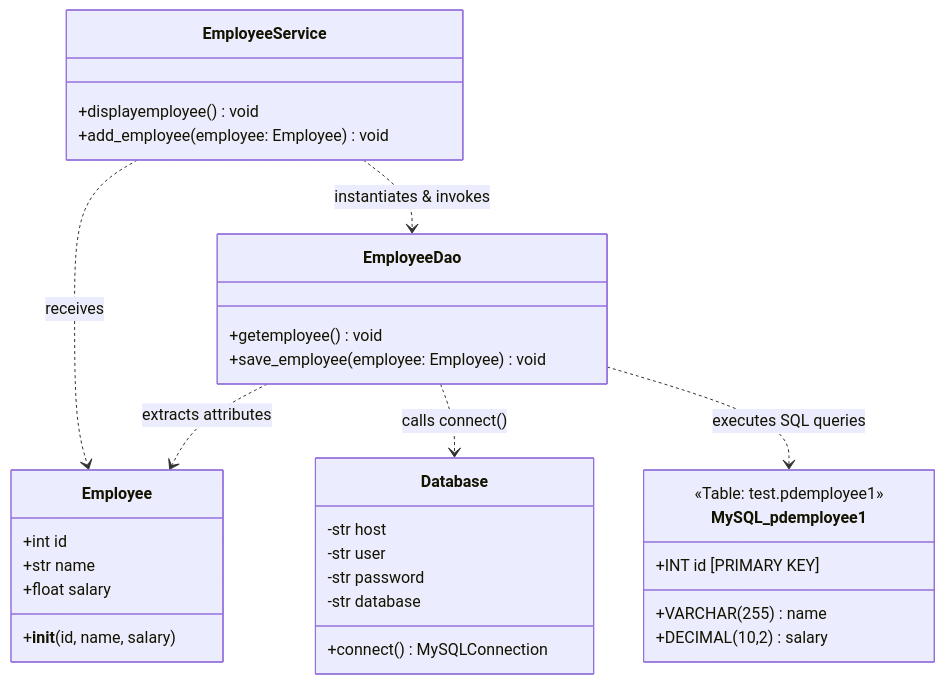
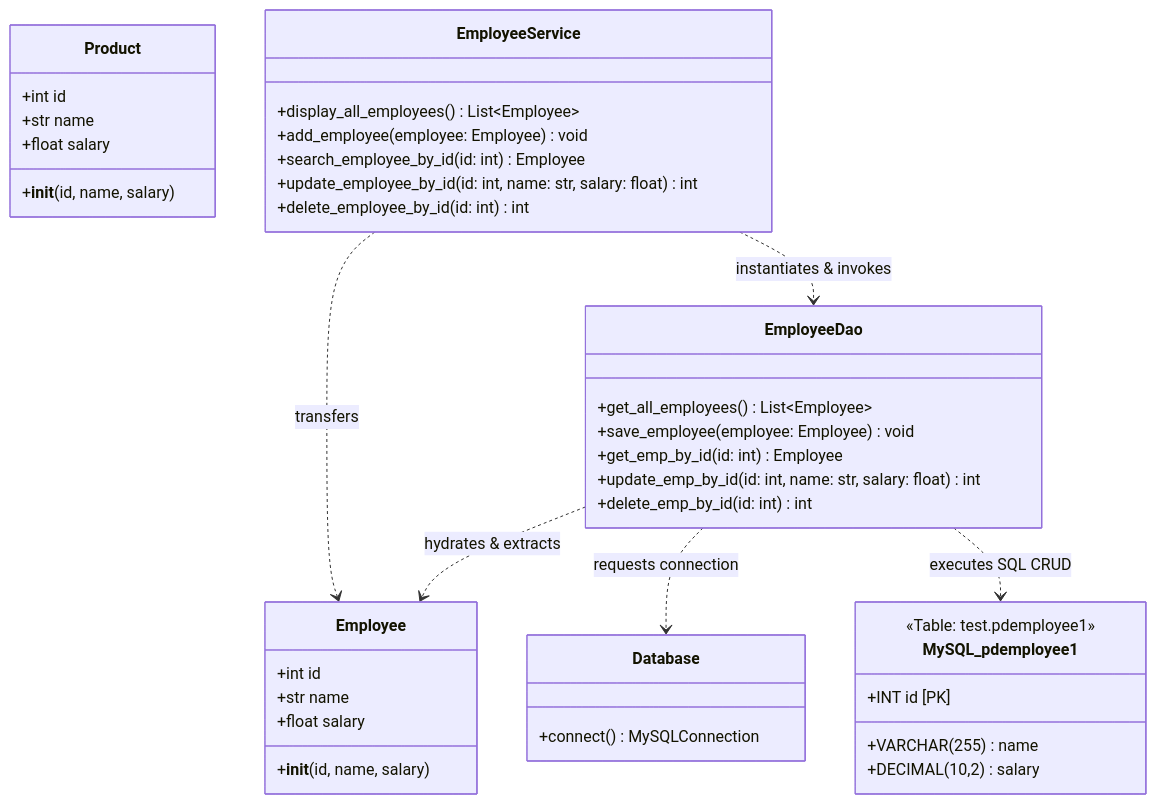
The eighth of 8 diagrams in Architecture.md (AnilYadav17/Layered_Architecture_PDBC), drawn with Mermaid before and after one commit. The commit also changed other lines of this file, not shown here.

Commit message:
update architecture documentation with full crud and pdbc theory

````diff
--- a/Architecture.md
+++ b/Architecture.md
@@ -214,40 +687,49 @@
 ```mermaid
 classDiagram
     class Employee {
         +int id
         +str name
         +float salary
         +__init__(id, name, salary)
     }
 
+    class Product {
+        +int id
+        +str name
+        +float salary
+        +__init__(id, name, salary)
+    }
+
     class EmployeeService {
-        +displayemployee() void
+        +display_all_employees() List~Employee~
         +add_employee(employee: Employee) void
+        +search_employee_by_id(id: int) Employee
+        +update_employee_by_id(id: int, name: str, salary: float) int
+        +delete_employee_by_id(id: int) int
     }
 
     class EmployeeDao {
-        +getemployee() void
+        +get_all_employees() List~Employee~
         +save_employee(employee: Employee) void
+        +get_emp_by_id(id: int) Employee
+        +update_emp_by_id(id: int, name: str, salary: float) int
+        +delete_emp_by_id(id: int) int
     }
 
     class Database {
-        -str host
-        -str user
-        -str password
-        -str database
         +connect() MySQLConnection
     }
 
     class MySQL_pdemployee1 {
         <<Table: test.pdemployee1>>
-        +INT id [PRIMARY KEY]
+        +INT id [PK]
         +VARCHAR(255) name
         +DECIMAL(10,2) salary
     }
 
-    EmployeeService ..> Employee : receives
+    EmployeeService ..> Employee : transfers
     EmployeeService ..> EmployeeDao : instantiates & invokes
-    EmployeeDao ..> Employee : extracts attributes
-    EmployeeDao ..> Database : calls connect()
-    EmployeeDao ..> MySQL_pdemployee1 : executes SQL queries
+    EmployeeDao ..> Employee : hydrates & extracts
+    EmployeeDao ..> Database : requests connection
+    EmployeeDao ..> MySQL_pdemployee1 : executes SQL CRUD
 ```
````
